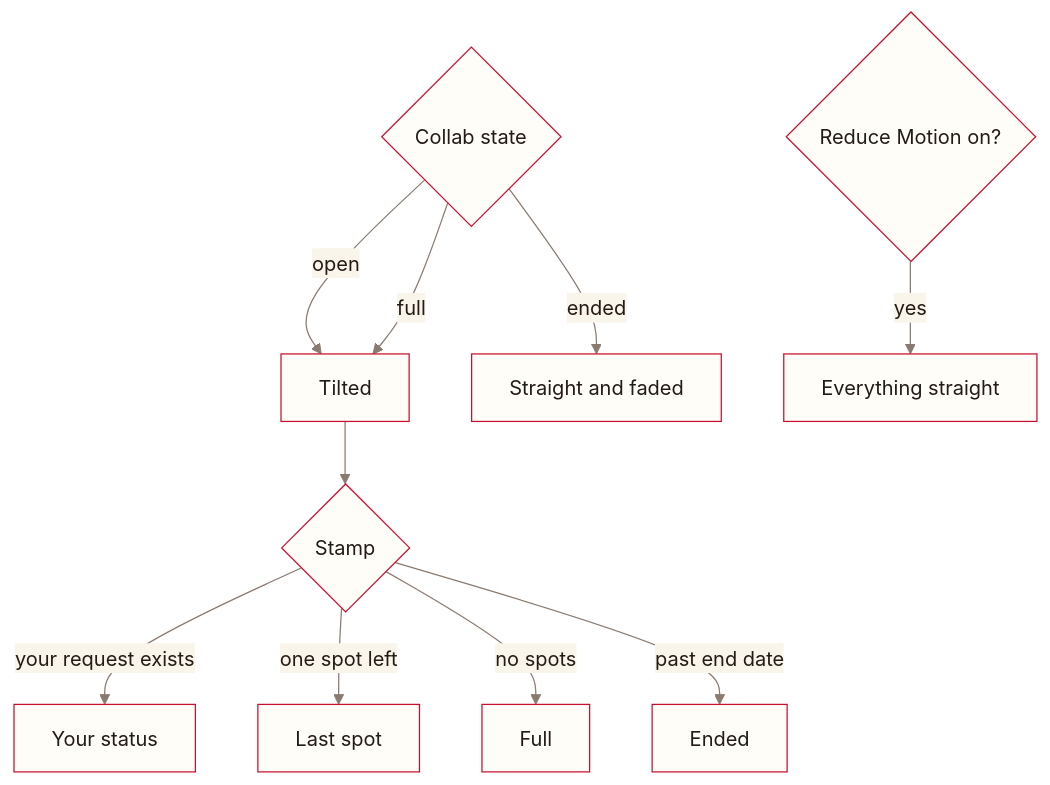
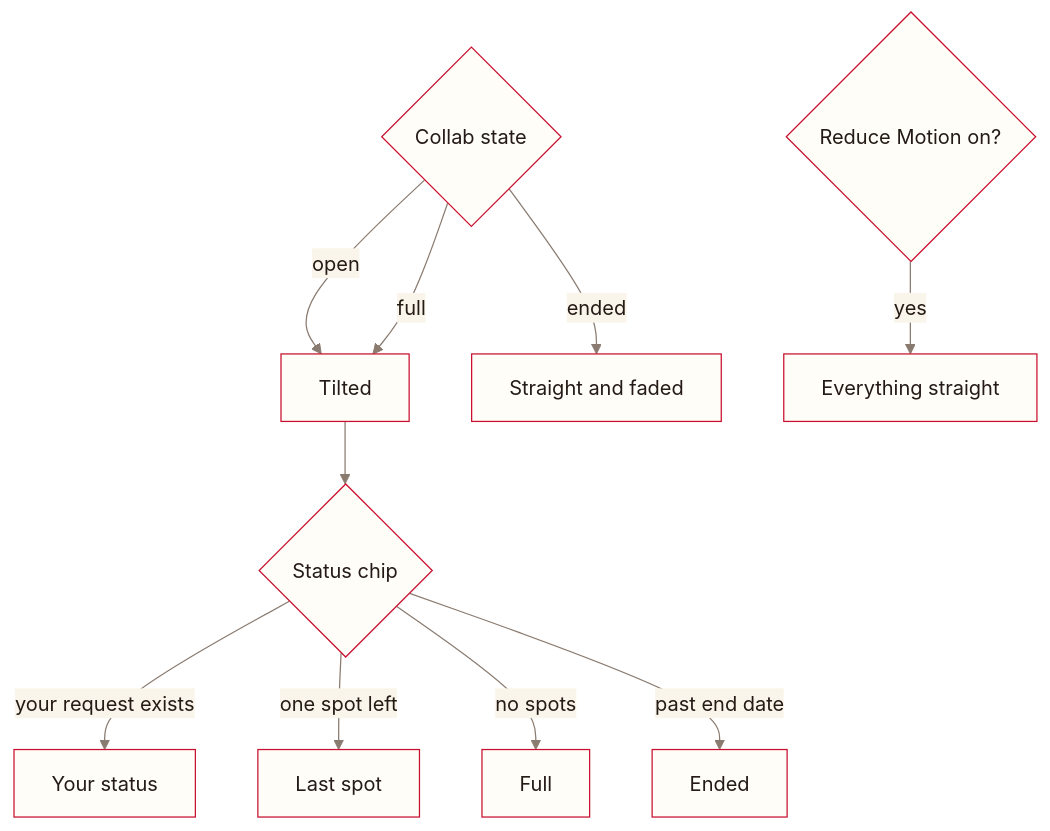
Before and after one commit to Alasmawi/Barada-Cafe: the second of 3 diagrams in docs/design.md, drawn with Mermaid. The commit also changed other lines of this file and 6 other files, not shown here.

````diff
--- a/docs/design.md
+++ b/docs/design.md
@@ -50,13 +50,13 @@
 ```mermaid
 %%{init: {'theme': 'base', 'themeVariables': {'fontFamily': 'Archivo, Helvetica, Arial, sans-serif', 'primaryColor': '#fffdf8', 'primaryTextColor': '#241a16', 'primaryBorderColor': '#c8102e', 'secondaryColor': '#fbe3e4', 'tertiaryColor': '#faf5ea', 'lineColor': '#8a7b70', 'clusterBkg': '#faf5ea', 'clusterBorder': '#e6dccb', 'edgeLabelBackground': '#faf5ea', 'titleColor': '#241a16', 'actorBkg': '#fffdf8', 'actorBorder': '#c8102e', 'actorTextColor': '#241a16', 'signalColor': '#8a7b70', 'signalTextColor': '#8a7b70', 'labelBoxBkgColor': '#fbe9bf', 'noteBkgColor': '#fbe9bf', 'noteBorderColor': '#f2b632', 'pie1': '#2f6b3f', 'pie2': '#f2b632', 'pie3': '#c8102e', 'pieStrokeColor': '#fffdf8', 'pieOuterStrokeColor': '#e6dccb'}}}%%
 flowchart TD
   C{"Collab state"} -- open --> T["Tilted"]
   C -- full --> T
   C -- ended --> S["Straight and faded"]
   RM{"Reduce Motion on?"} -- yes --> S2["Everything straight"]
-  T --> ST{"Stamp"}
+  T --> ST{"Status chip"}
   ST -- "your request exists" --> RS["Your status"]
   ST -- "one spot left" --> LS["Last spot"]
   ST -- "no spots" --> FU["Full"]
   ST -- "past end date" --> EN["Ended"]
 ```
````
